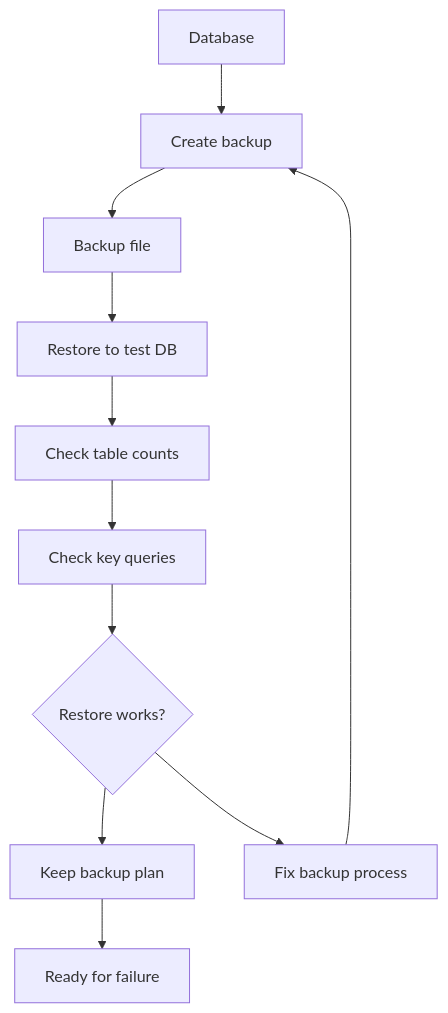
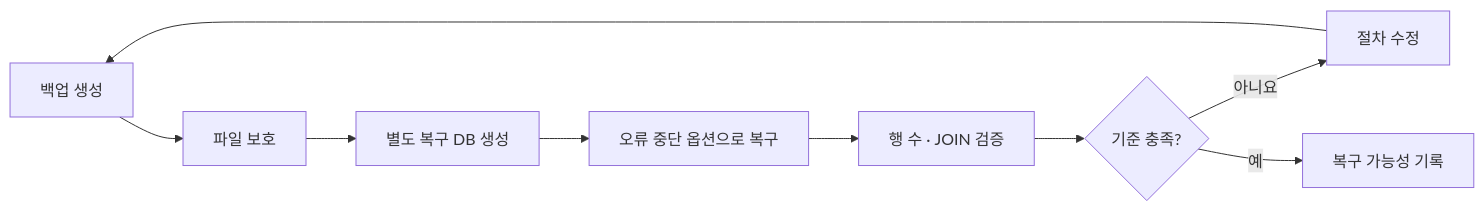
Before and after one commit to GilbertMoon/ai-database-book: the diagram in images/chapter11/ch11_07_backup_restore_flow.mmd, drawn with Mermaid. The commit also changed 47 other files, not shown here.

Commit message:
Revise Chapters 10 and 11 content and diagrams

```diff
--- a/images/chapter11/ch11_07_backup_restore_flow.mmd
+++ b/images/chapter11/ch11_07_backup_restore_flow.mmd
@@ -1,13 +1,9 @@
-flowchart TB
-    A[Database] --> B[Create backup]
-    B --> C[Backup file]
-    C --> D[Restore to test DB]
-    D --> E[Check table counts]
-    E --> F[Check key queries]
-    F --> G{Restore works?}
-
-    G --> H[Keep backup plan]
-    G --> I[Fix backup process]
-
-    H --> J[Ready for failure]
-    I --> B
+flowchart LR
+    A[백업 생성] --> B[파일 보호]
+    B --> C[별도 복구 DB 생성]
+    C --> D[오류 중단 옵션으로 복구]
+    D --> E[행 수 · JOIN 검증]
+    E --> F{기준 충족?}
+    F -- 아니요 --> G[절차 수정]
+    G --> A
+    F -- 예 --> H[복구 가능성 기록]
```
